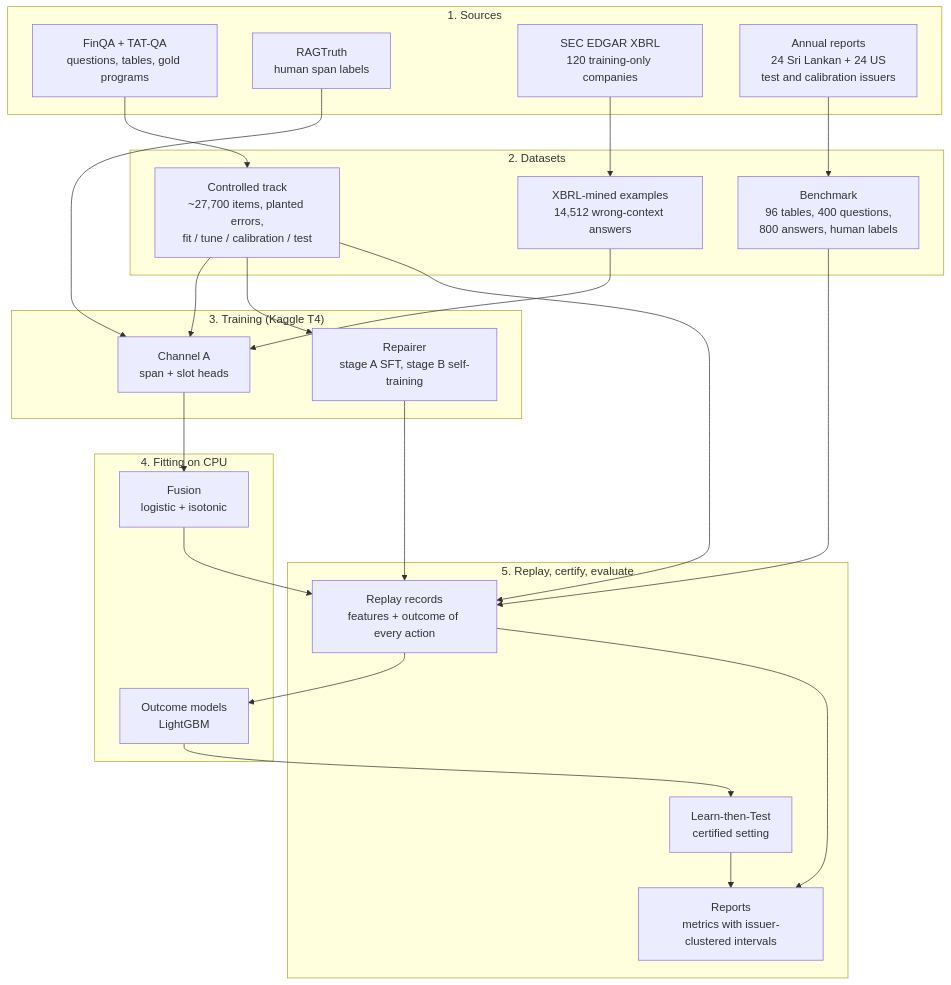
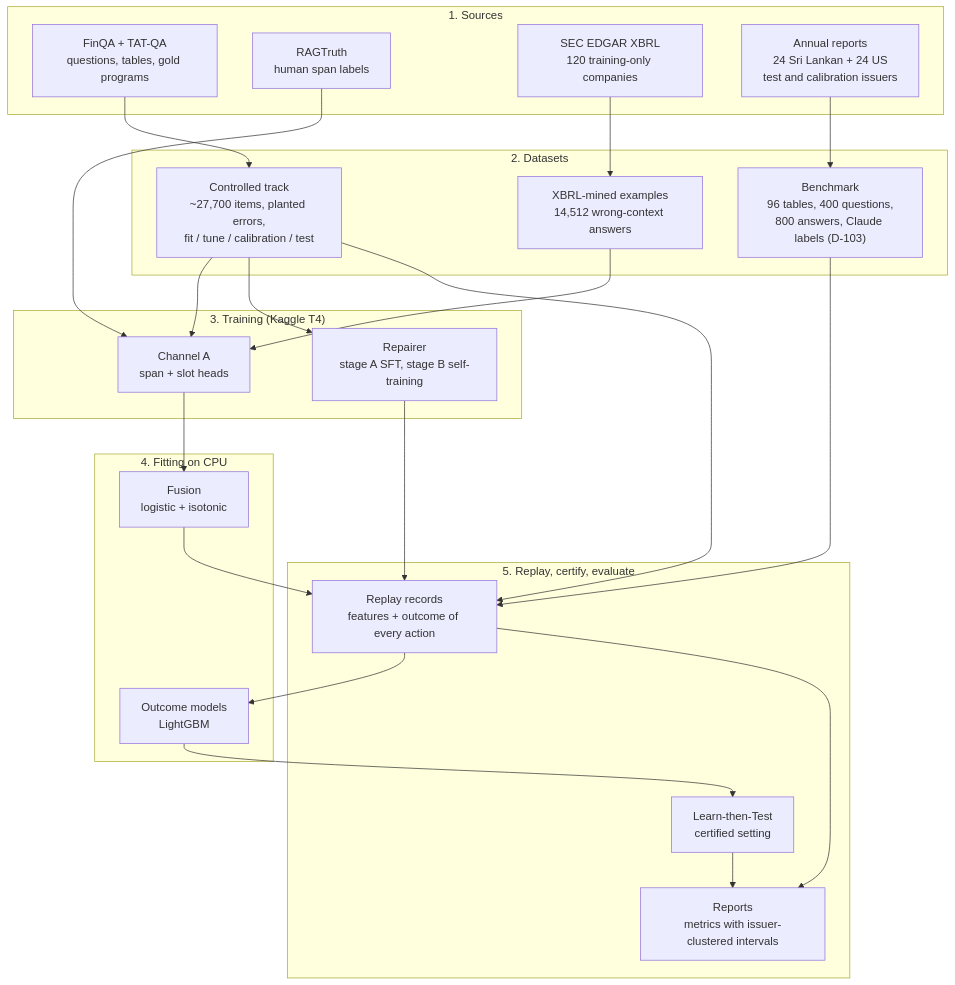
One commit to SharafThawfeek/FaithGurd-new changed the third of 32 diagrams in docs/architecture.md. Above: the diagram before and after it, drawn with Mermaid. The commit also changed 7 other files, not shown here.

````diff
--- a/docs/architecture.md
+++ b/docs/architecture.md
@@ -150,41 +150,41 @@
 ```mermaid
 flowchart TD
     subgraph S1["1. Sources"]
         FQ["FinQA + TAT-QA<br/>questions, tables, gold programs"]
         RT["RAGTruth<br/>human span labels"]
         XB["SEC EDGAR XBRL<br/>120 training-only companies"]
         AR["Annual reports<br/>24 Sri Lankan + 24 US<br/>test and calibration issuers"]
     end
     subgraph S2["2. Datasets"]
         CT["Controlled track<br/>~27,700 items, planted errors,<br/>fit / tune / calibration / test"]
         XM["XBRL-mined examples<br/>14,512 wrong-context answers"]
-        BM["Benchmark<br/>96 tables, 400 questions,<br/>800 answers, human labels"]
+        BM["Benchmark<br/>96 tables, 400 questions,<br/>800 answers, Claude labels (D-103)"]
     end
     subgraph S3["3. Training (Kaggle T4)"]
         TA["Channel A<br/>span + slot heads"]
         TR["Repairer<br/>stage A SFT, stage B self-training"]
     end
     subgraph S4["4. Fitting on CPU"]
         FU["Fusion<br/>logistic + isotonic"]
         OM["Outcome models<br/>LightGBM"]
     end
     subgraph S5["5. Replay, certify, evaluate"]
         RP["Replay records<br/>features + outcome of every action"]
         LT["Learn-then-Test<br/>certified setting"]
         EV["Reports<br/>metrics with issuer-clustered intervals"]
     end
     FQ --> CT
     XB --> XM
     AR --> BM
     CT --> TA
     RT --> TA
     XM --> TA
     CT --> TR
     TA --> FU
     CT --> RP
     BM --> RP
     TR --> RP
     FU --> RP
     RP --> OM --> LT --> EV
     RP --> EV
 ```
````
